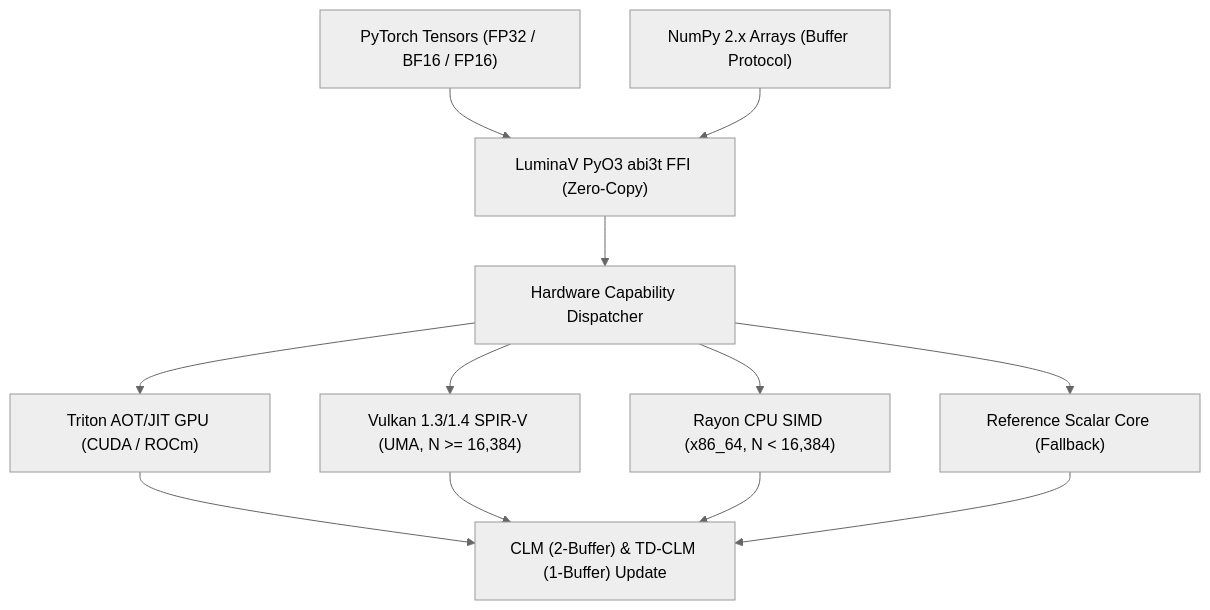
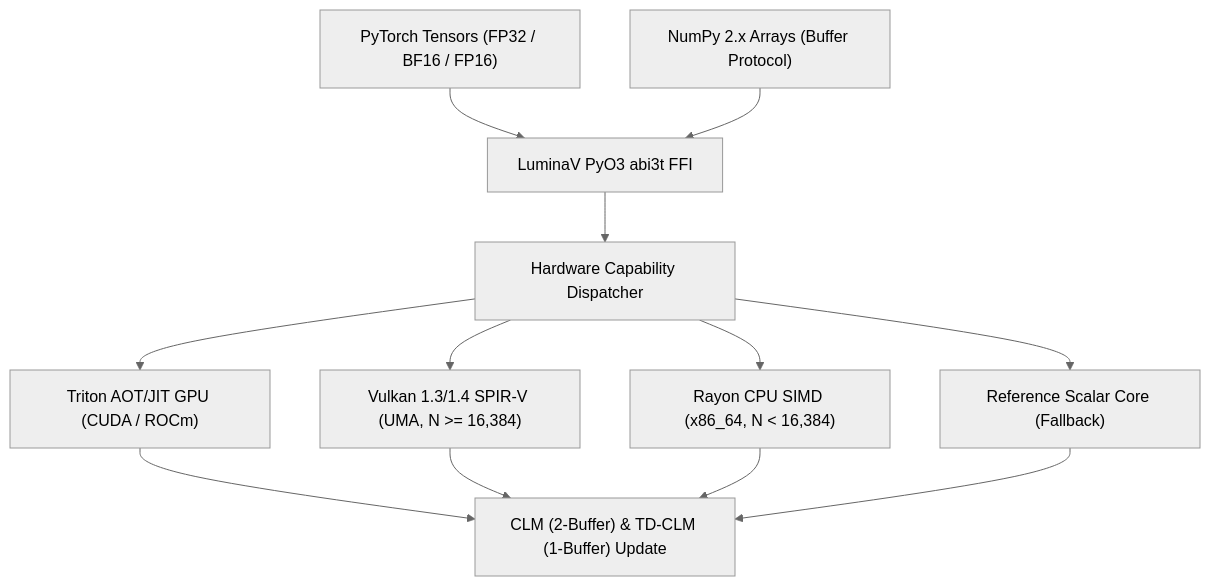
Before and after one commit to cloverx-id/luminamoon: the diagram in optimizer/README.md, drawn with Mermaid (neutral theme). The commit also changed other lines of this file and 33 other files, not shown here.

````diff
--- a/optimizer/README.md
+++ b/optimizer/README.md
@@ -24,11 +24,11 @@
 ```mermaid
 flowchart TD
-    PyTorch["PyTorch Tensors (FP32 / BF16 / FP16)"] --> FFI["LuminaV PyO3 abi3t FFI (Zero-Copy)"]
+    PyTorch["PyTorch Tensors (FP32 / BF16 / FP16)"] --> FFI["LuminaV PyO3 abi3t FFI"]
     NumPy["NumPy 2.x Arrays (Buffer Protocol)"] --> FFI
     FFI --> Dispatcher["Hardware Capability Dispatcher"]
     Dispatcher --> Triton["Triton AOT/JIT GPU (CUDA / ROCm)"]
     Dispatcher --> Vulkan["Vulkan 1.3/1.4 SPIR-V (UMA, N >= 16,384)"]
     Dispatcher --> SIMD["Rayon CPU SIMD (x86_64, N < 16,384)"]
     Dispatcher --> Scalar["Reference Scalar Core (Fallback)"]
     Triton & Vulkan & SIMD & Scalar --> Math["CLM (2-Buffer) & TD-CLM (1-Buffer) Update"]
 ```
````
